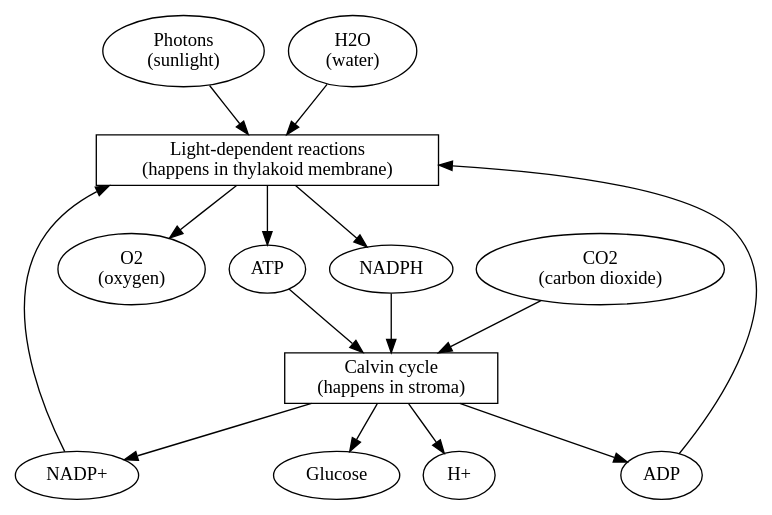
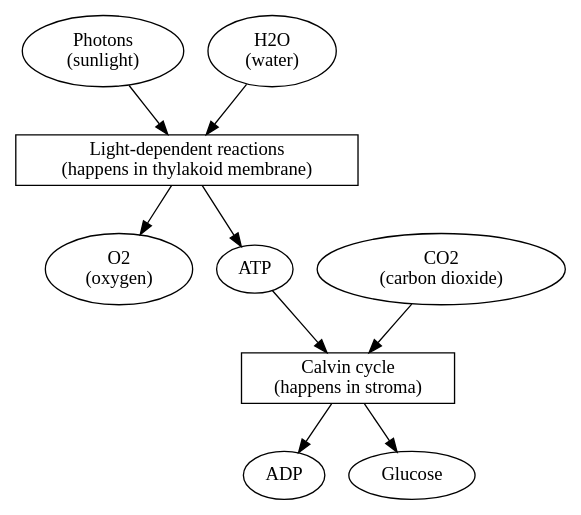
One commit to offbynull/learn changed the fourth of 5 diagrams in Biology/input/input.md. Above: the diagram before and after it, drawn with Graphviz. The commit also changed other lines of this file and 1 other file, not shown here.

````diff
--- a/Biology/input/input.md
+++ b/Biology/input/input.md
@@ -1056,32 +1060,22 @@
 ```{dot}
 digraph G {
   compound=true;
   Photon [label="Photons\n(sunlight)"]
   H2O [label="H2O\n(water)"]
   CO2 [label="CO2\n(carbon dioxide)"]
   O2 [label="O2\n(oxygen)"]
   ATP
-  NADPH
   ADP
-  NADP_PLUS [label="NADP+"]
-  H [label="H+"]
   LDR [label="Light-dependent reactions\n(happens in thylakoid membrane)", shape=box]
   CALVIN [label="Calvin cycle\n(happens in stroma)", shape=box]
   CARB [label="Glucose"]
   Photon -> LDR
   H2O ->  LDR
   LDR -> ATP
-  LDR -> NADPH
   LDR -> O2
   ATP -> CALVIN
-  NADPH -> CALVIN
   CO2 -> CALVIN
   CALVIN -> CARB
   CALVIN -> ADP
-  CALVIN -> NADP_PLUS
-  CALVIN -> H
-  ADP -> LDR
-  NADP_PLUS -> LDR
-  
 }
 ```
````
